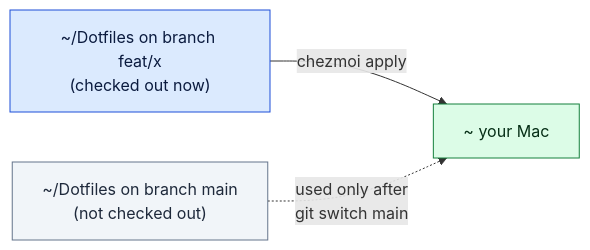
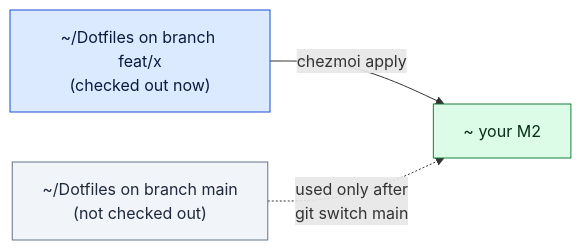
The fifth of 6 diagrams in docs/02-chezmoi-basics.md (youngjae-lim/dotfiles), drawn with Mermaid before and after one commit. The commit also changed other lines of this file and 18 other files, not shown here.

````diff
--- a/docs/02-chezmoi-basics.md
+++ b/docs/02-chezmoi-basics.md
@@ -292,8 +292,8 @@
 ```mermaid
 flowchart LR
-    F["~/Dotfiles on branch feat/x<br/>(checked out now)"]:::source -->|chezmoi apply| H["~ your Mac"]:::output
+    F["~/Dotfiles on branch feat/x<br/>(checked out now)"]:::source -->|chezmoi apply| H["~ your M2"]:::output
     M["~/Dotfiles on branch main<br/>(not checked out)"]:::step -.->|"used only after<br/>git switch main"| H
     classDef source fill:#dbeafe,stroke:#1d4ed8,color:#0b1b3f
     classDef step fill:#f1f5f9,stroke:#64748b,color:#1e293b
     classDef output fill:#dcfce7,stroke:#15803d,color:#052e16
 ```
````
